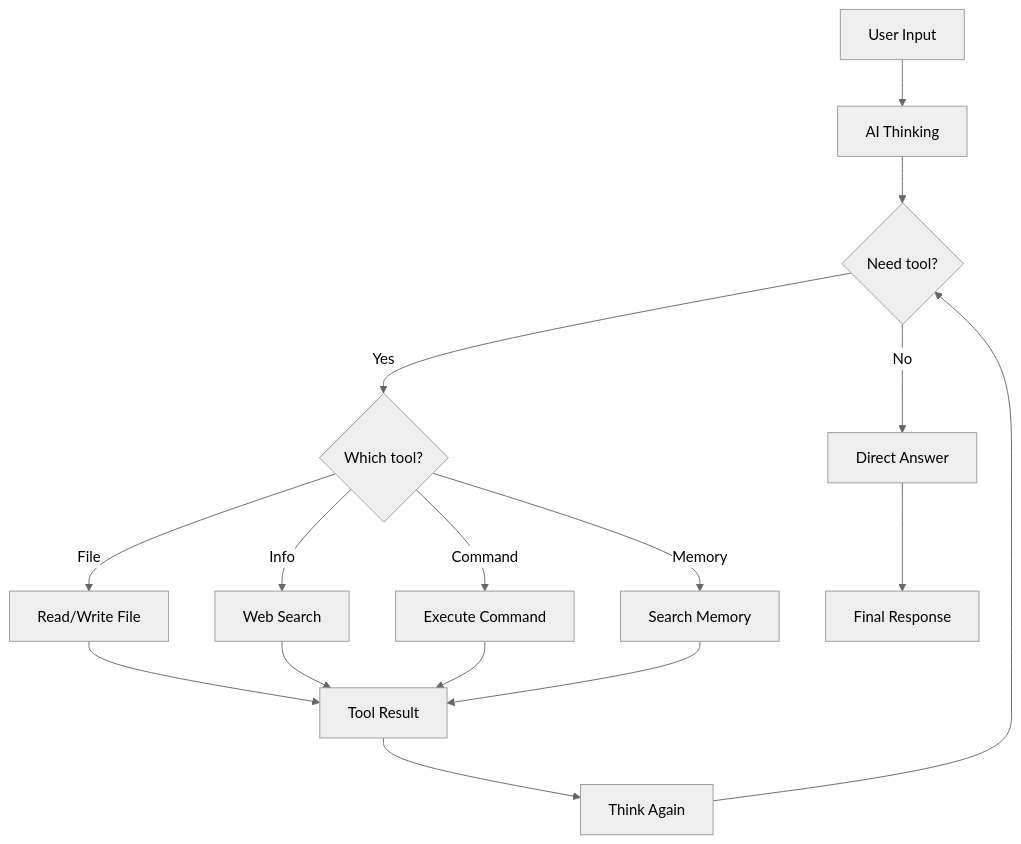
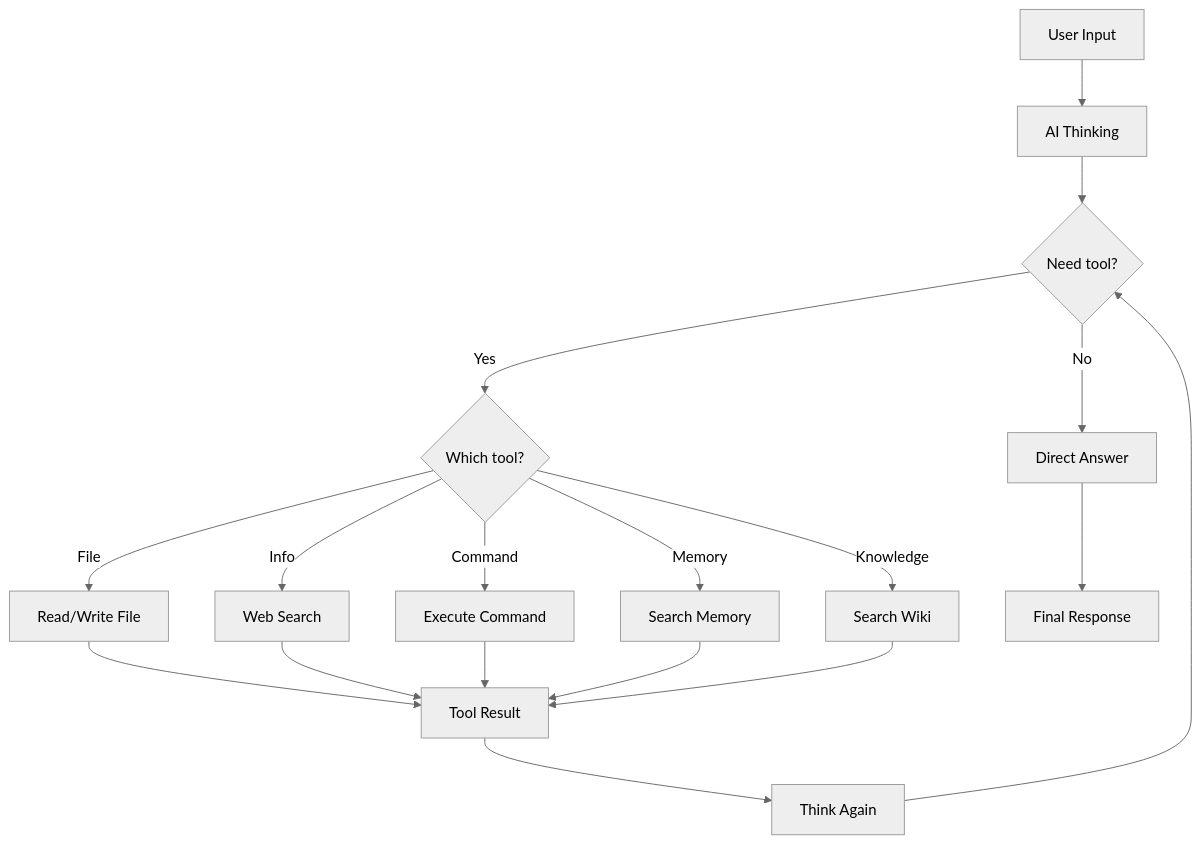
Before and after one commit to yeheng/nanobot-rs: diagram 11 of 14 in docs/tools-en.md, drawn with Mermaid (neutral theme). The commit also changed other lines of this file and 57 other files, not shown here.

````diff
--- a/docs/tools-en.md
+++ b/docs/tools-en.md
@@ -229,24 +272,26 @@
 ```mermaid
 flowchart TB
     Input["User Input"] --> Think["AI Thinking"]
-    
+
     Think --> Decision{"Need tool?"}
-    
+
     Decision -->|Yes| Which{"Which tool?"}
     Decision -->|No| Direct["Direct Answer"]
-    
+
     Which -->|File| FileTool["Read/Write File"]
     Which -->|Info| WebTool["Web Search"]
     Which -->|Command| ExecTool["Execute Command"]
     Which -->|Memory| MemTool["Search Memory"]
-    
+    Which -->|Knowledge| WikiTool["Search Wiki"]
+
     FileTool --> Result["Tool Result"]
     WebTool --> Result
     ExecTool --> Result
     MemTool --> Result
-    
+    WikiTool --> Result
+
     Result --> ThinkAgain["Think Again"]
     ThinkAgain --> Decision
-    
+
     Direct --> Output["Final Response"]
 ```
````
